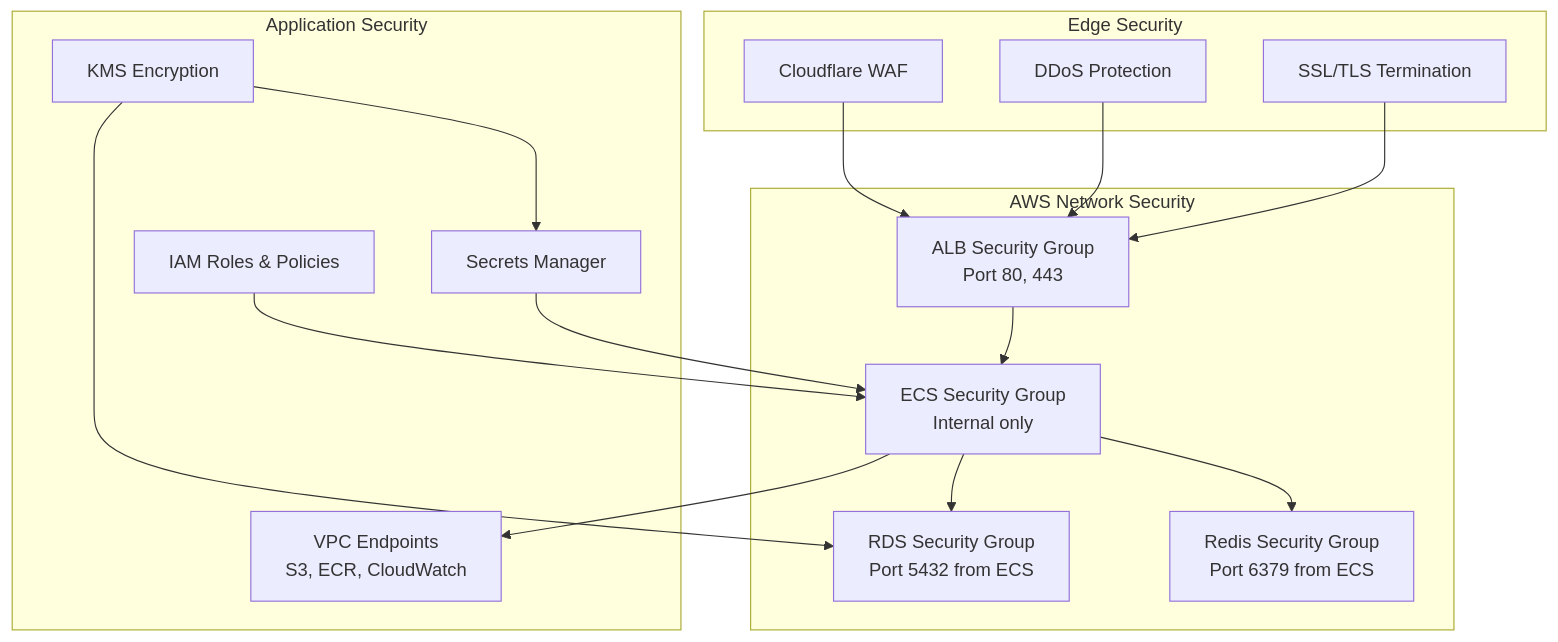
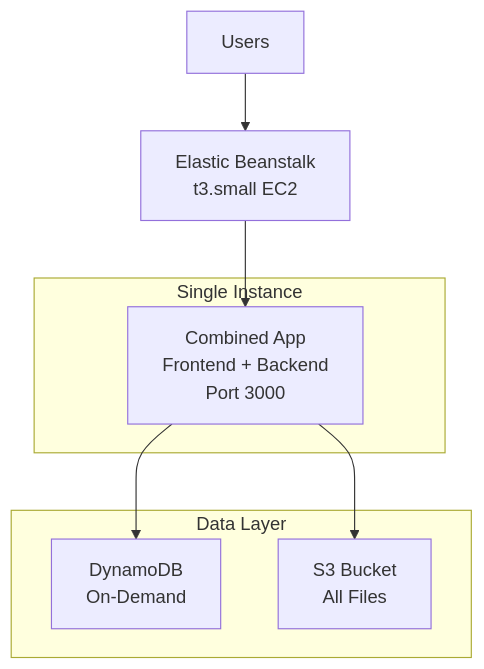
One commit to 0kilo/toolsworx-frontend changed the diagram in AWS_DEPLOYMENT_PLAN.md. Above: the diagram before and after it, drawn with Mermaid. The commit also changed other lines of this file, not shown here.

````diff
--- a/AWS_DEPLOYMENT_PLAN.md
+++ b/AWS_DEPLOYMENT_PLAN.md
@@ -446,35 +15,19 @@
 ```mermaid
 graph TB
-    subgraph "Edge Security"
-        CF_WAF[Cloudflare WAF]
-        CF_DDoS[DDoS Protection]
-        CF_SSL[SSL/TLS Termination]
+    User[Users]
+    EB[Elastic Beanstalk<br/>t3.small EC2]
+
+    subgraph "Single Instance"
+        App[Combined App<br/>Frontend + Backend<br/>Port 3000]
     end
 
-    subgraph "AWS Network Security"
-        ALB_SG[ALB Security Group<br/>Port 80, 443]
-        ECS_SG[ECS Security Group<br/>Internal only]
-        RDS_SG[RDS Security Group<br/>Port 5432 from ECS]
-        Redis_SG[Redis Security Group<br/>Port 6379 from ECS]
+    subgraph "Data Layer"
+        DynamoDB[DynamoDB<br/>On-Demand]
+        S3[S3 Bucket<br/>All Files]
     end
 
-    subgraph "Application Security"
-        IAM[IAM Roles & Policies]
-        Secrets[Secrets Manager]
-        KMS[KMS Encryption]
-        VPC_Endpoints[VPC Endpoints<br/>S3, ECR, CloudWatch]
-    end
-
-    CF_WAF --> ALB_SG
-    CF_DDoS --> ALB_SG
-    CF_SSL --> ALB_SG
-
-    ALB_SG --> ECS_SG
-    ECS_SG --> RDS_SG
-    ECS_SG --> Redis_SG
-    ECS_SG --> VPC_Endpoints
-
-    IAM --> ECS_SG
-    Secrets --> ECS_SG
-    KMS --> RDS_SG & Secrets
+    User --> EB
+    EB --> App
+    App --> DynamoDB
+    App --> S3
 ```
````
